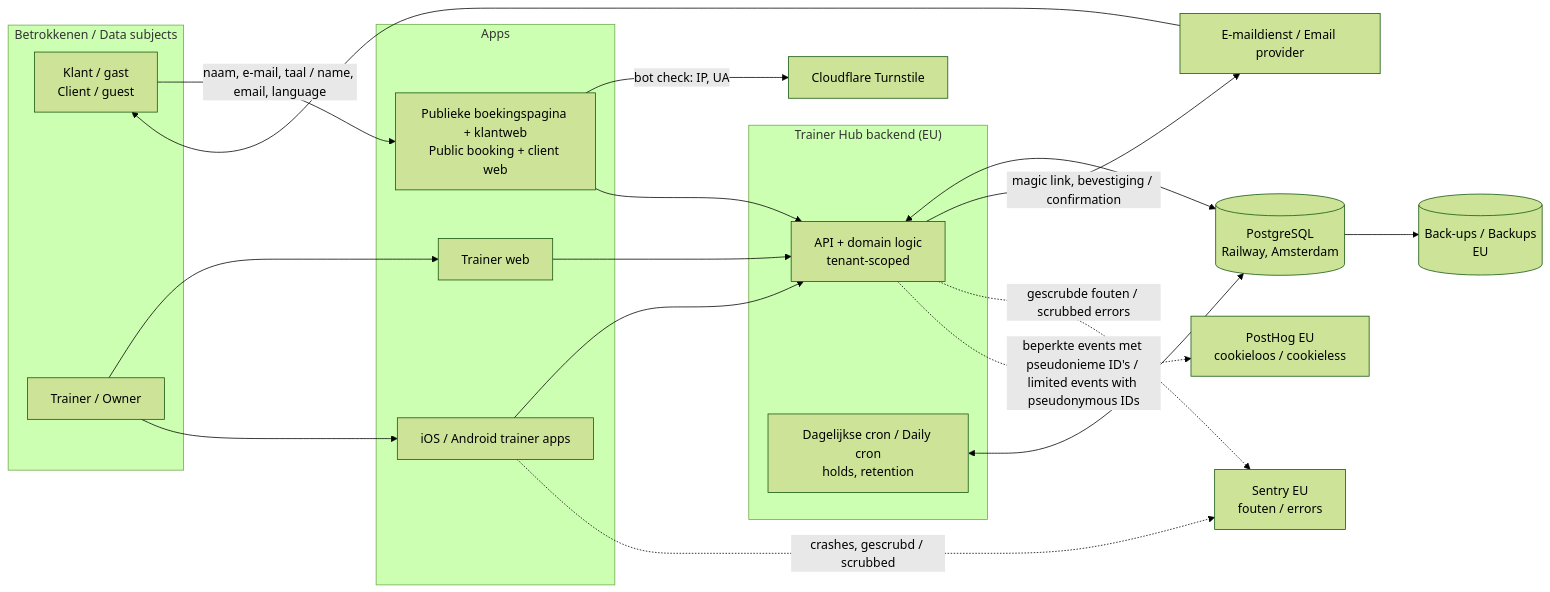
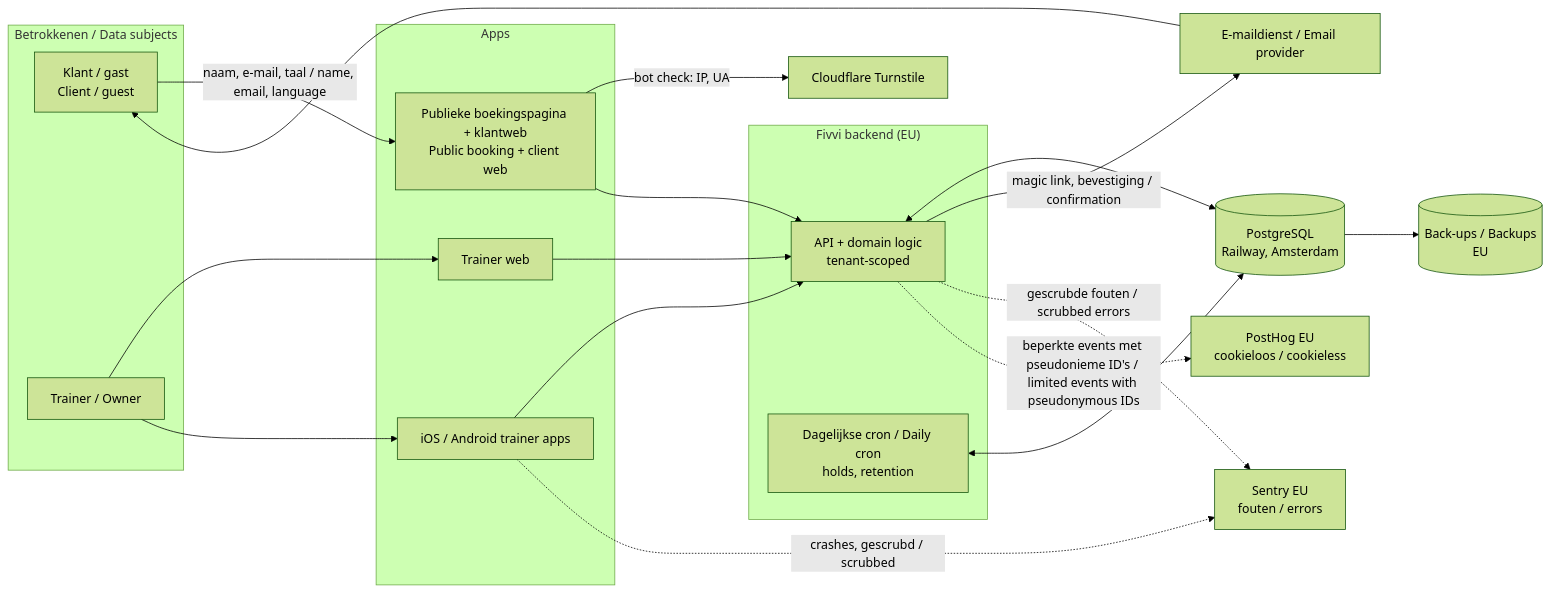
One commit to fivvi-app/fivvi changed the diagram in docs/legal/role-mapping.md. Above: the diagram before and after it, drawn with Mermaid (forest theme). The commit also changed other lines of this file and 38 other files, not shown here.

````diff
--- a/docs/legal/role-mapping.md
+++ b/docs/legal/role-mapping.md
@@ -98,38 +98,38 @@
 ```mermaid
 flowchart LR
   subgraph People["Betrokkenen / Data subjects"]
     C[Klant / gast<br/>Client / guest]
     T[Trainer / Owner]
   end
 
   subgraph Clients["Apps"]
     PB[Publieke boekingspagina + klantweb<br/>Public booking + client web]
     TW[Trainer web]
     NA[iOS / Android trainer apps]
   end
 
-  subgraph Platform["Trainer Hub backend (EU)"]
+  subgraph Platform["Fivvi backend (EU)"]
     API[API + domain logic<br/>tenant-scoped]
     CRON[Dagelijkse cron / Daily cron<br/>holds, retention]
   end
 
   DB[(PostgreSQL<br/>Railway, Amsterdam)]
   BK[(Back-ups / Backups<br/>EU)]
   MAIL[E-maildienst / Email provider]
   TS[Cloudflare Turnstile]
   SEN[Sentry EU<br/>fouten / errors]
   PH[PostHog EU<br/>cookieloos / cookieless]
 
   C -->|naam, e-mail, taal / name, email, language| PB
   PB -->|bot check: IP, UA| TS
   PB --> API
   T --> TW --> API
   T --> NA --> API
   API <--> DB
   CRON <--> DB
   DB --> BK
   API -->|magic link, bevestiging / confirmation| MAIL --> C
   API -.->|gescrubde fouten / scrubbed errors| SEN
   NA -.->|crashes, gescrubd / scrubbed| SEN
   API -.->|beperkte events met pseudonieme ID's / limited events with pseudonymous IDs| PH
 ```
````
